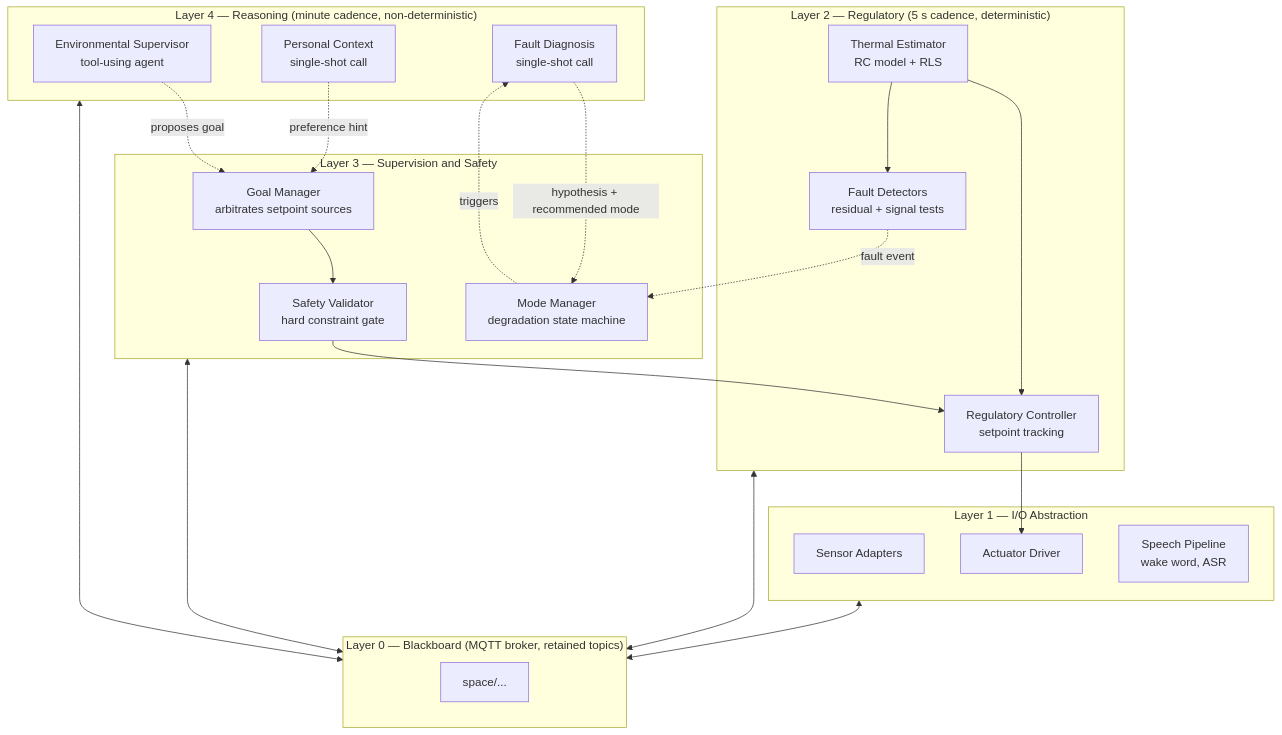
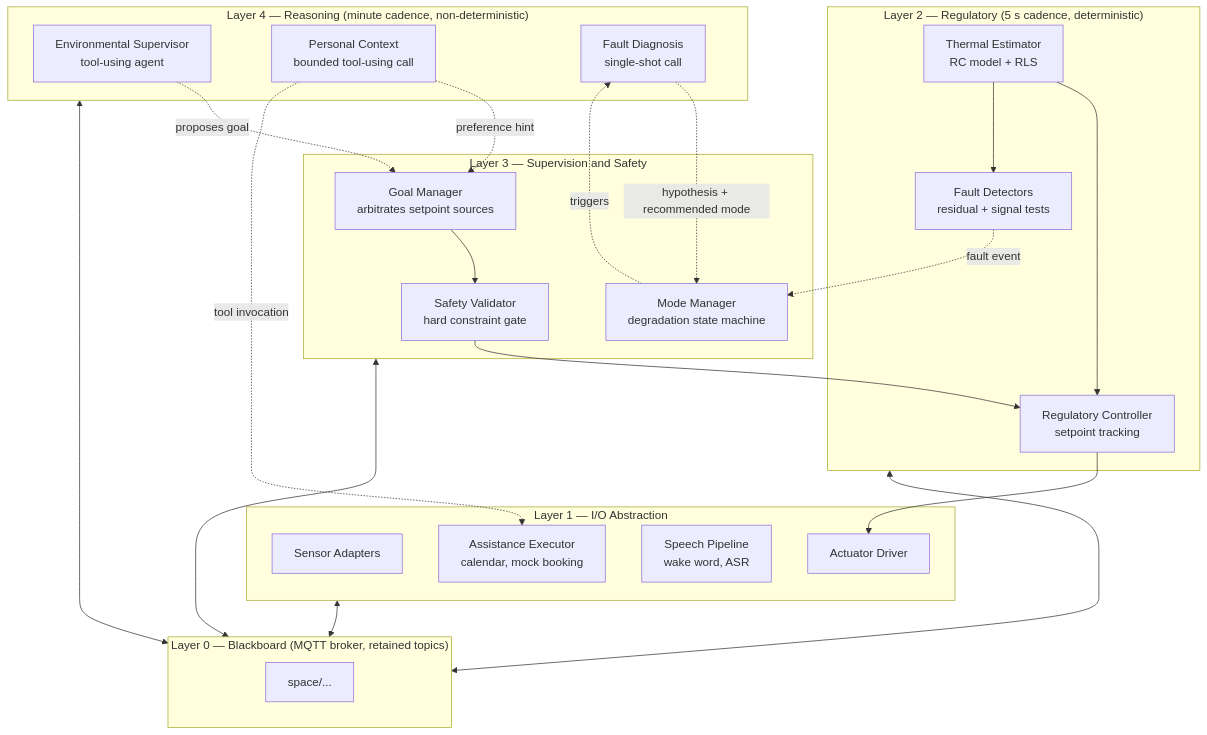
Before and after one commit to udbhav07/edge-smart-space: the second of 12 diagrams in docs/DESIGN.md, drawn with Mermaid. The commit also changed other lines of this file and 6 other files, not shown here.

````diff
--- a/docs/DESIGN.md
+++ b/docs/DESIGN.md
@@ -288,46 +291,48 @@
 ```mermaid
 flowchart TB
     subgraph L4["Layer 4 — Reasoning (minute cadence, non-deterministic)"]
         ES["Environmental Supervisor<br/>tool-using agent"]
-        PC["Personal Context<br/>single-shot call"]
+        PC["Personal Context<br/>bounded tool-using call"]
         FD["Fault Diagnosis<br/>single-shot call"]
     end
 
     subgraph L3["Layer 3 — Supervision and Safety"]
         GOAL["Goal Manager<br/>arbitrates setpoint sources"]
         VAL["Safety Validator<br/>hard constraint gate"]
         MODE["Mode Manager<br/>degradation state machine"]
     end
 
     subgraph L2["Layer 2 — Regulatory (5 s cadence, deterministic)"]
         EST["Thermal Estimator<br/>RC model + RLS"]
         CTRL["Regulatory Controller<br/>setpoint tracking"]
         FDET["Fault Detectors<br/>residual + signal tests"]
     end
 
     subgraph L1["Layer 1 — I/O Abstraction"]
         SDRV["Sensor Adapters"]
         ADRV["Actuator Driver"]
         SPEECH["Speech Pipeline<br/>wake word, ASR"]
+        ASSIST["Assistance Executor<br/>calendar, mock booking"]
     end
 
     subgraph L0["Layer 0 — Blackboard (MQTT broker, retained topics)"]
         BB["space/..."]
     end
 
     L1 <--> L0
     L2 <--> L0
     L3 <--> L0
     L4 <--> L0
 
     ES -.->|"proposes goal"| GOAL
     PC -.->|"preference hint"| GOAL
+    PC -.->|"tool invocation"| ASSIST
     FDET -.->|"fault event"| MODE
     MODE -.->|"triggers"| FD
     FD -.->|"hypothesis + recommended mode"| MODE
     GOAL --> VAL
     VAL --> CTRL
     CTRL --> ADRV
     EST --> CTRL
     EST --> FDET
 ```
````
